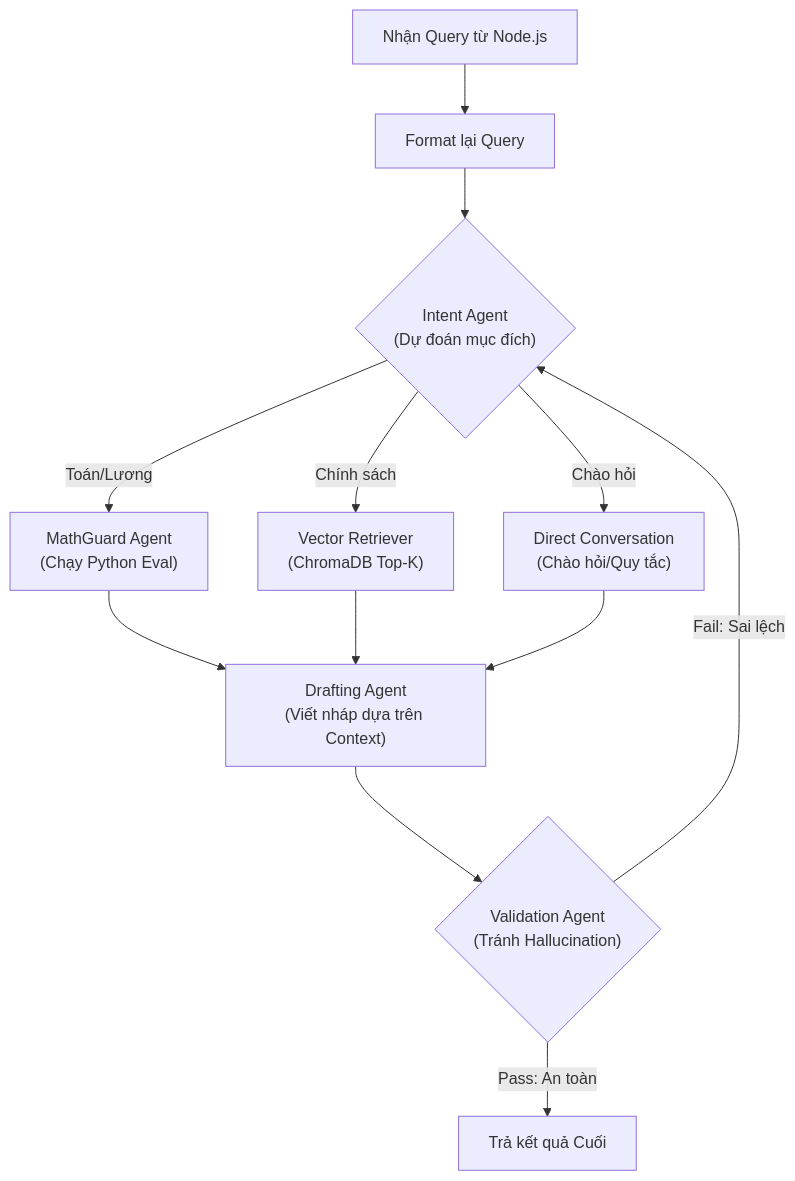
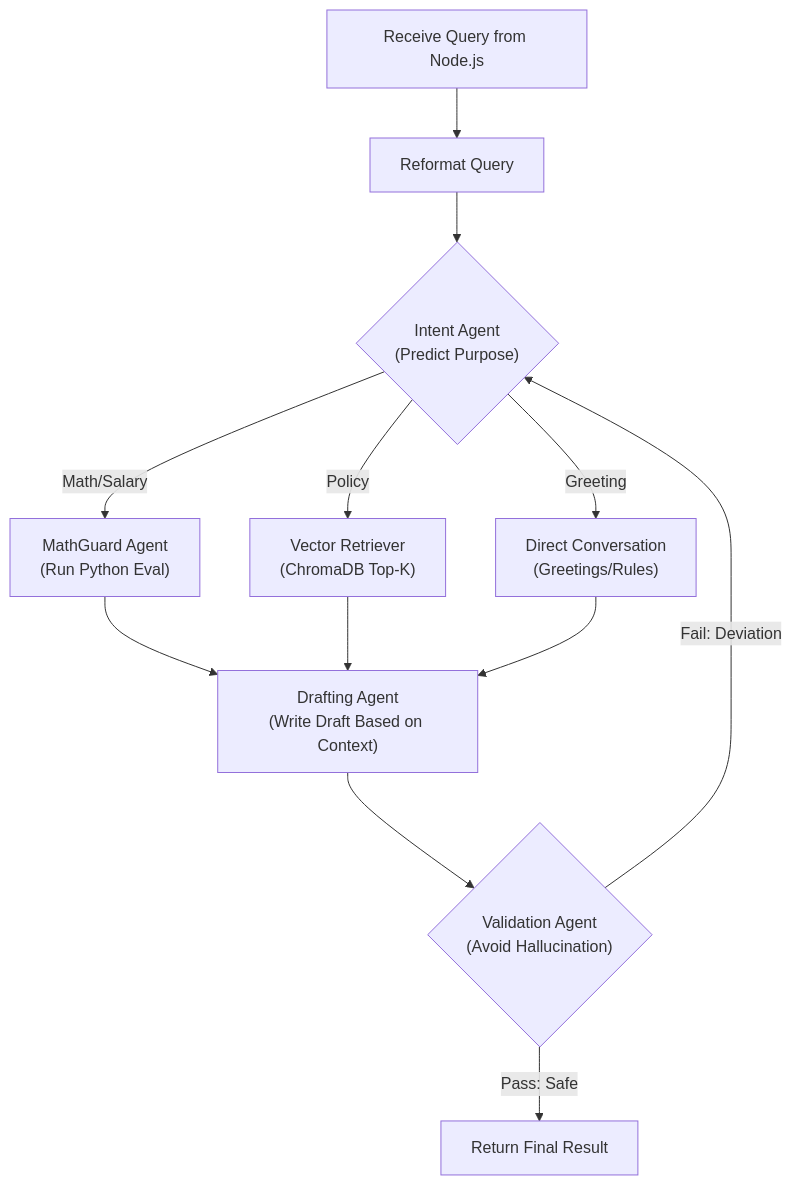
One commit to 2imyuH/RAG_LLM_ChatBot changed the third of 3 diagrams in README.md. Above: the diagram before and after it, drawn with Mermaid. The commit also changed other lines of this file, not shown here.

````diff
--- a/README.md
+++ b/README.md
@@ -80,32 +80,32 @@
 ```mermaid
 graph TD
-    INPUT["Nhận Query từ Node.js"]
-    FORMAT["Format lại Query"]
+    INPUT["Receive Query from Node.js"]
+    FORMAT["Reformat Query"]
     
-    INTENT{"Intent Agent<br/>(Dự đoán mục đích)"}
+    INTENT{"Intent Agent<br/>(Predict Purpose)"}
     
-    TOOL1["MathGuard Agent<br/>(Chạy Python Eval)"]
+    TOOL1["MathGuard Agent<br/>(Run Python Eval)"]
     TOOL2["Vector Retriever<br/>(ChromaDB Top-K)"]
-    TOOL3["Direct Conversation<br/>(Chào hỏi/Quy tắc)"]
+    TOOL3["Direct Conversation<br/>(Greetings/Rules)"]
     
-    DRAFT["Drafting Agent<br/>(Viết nháp dựa trên Context)"]
-    VALIDATE{"Validation Agent<br/>(Tránh Hallucination)"}
+    DRAFT["Drafting Agent<br/>(Write Draft Based on Context)"]
+    VALIDATE{"Validation Agent<br/>(Avoid Hallucination)"}
     
-    OUTPUT["Trả kết quả Cuối"]
+    OUTPUT["Return Final Result"]
 
     INPUT --> FORMAT
     FORMAT --> INTENT
     
-    INTENT -->|Toán/Lương| TOOL1
-    INTENT -->|Chính sách| TOOL2
-    INTENT -->|Chào hỏi| TOOL3
+    INTENT -->|Math/Salary| TOOL1
+    INTENT -->|Policy| TOOL2
+    INTENT -->|Greeting| TOOL3
     
     TOOL1 --> DRAFT
     TOOL2 --> DRAFT
     TOOL3 --> DRAFT
     
     DRAFT --> VALIDATE
     
-    VALIDATE -->|Fail: Sai lệch| INTENT
-    VALIDATE -->|Pass: An toàn| OUTPUT
+    VALIDATE -->|Fail: Deviation| INTENT
+    VALIDATE -->|Pass: Safe| OUTPUT
 ```
````
